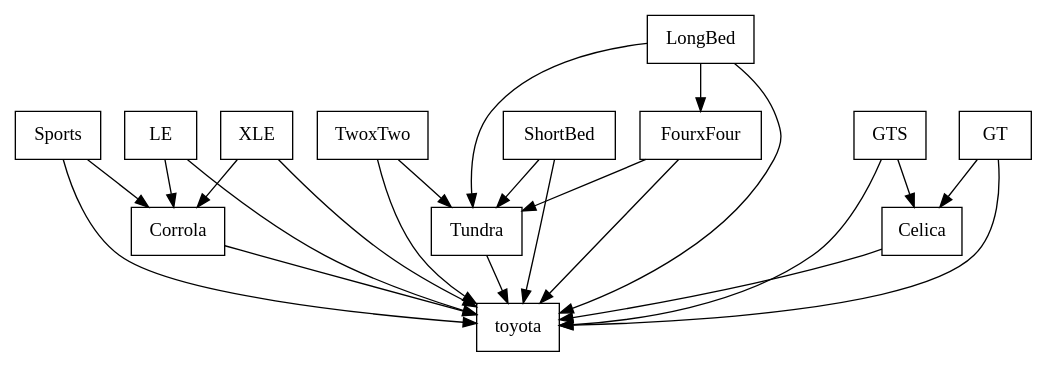
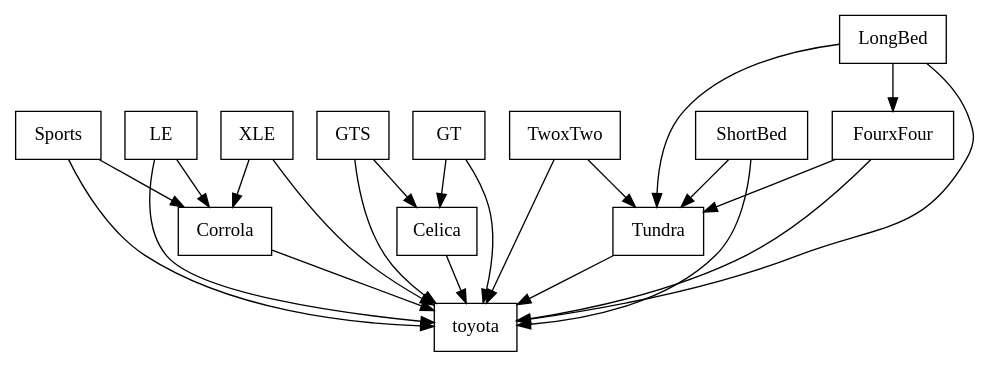
One commit to FAMILIAR-project/familiar-language changed the diagram in FAMILIAR/output/SPLOT-big/fm_180_model_20120722_2065280700.xml.dot. Above: the diagram before and after it, drawn with Graphviz. The commit also changed 110 other files, not shown here.

```diff
--- a/FAMILIAR/output/SPLOT-big/fm_180_model_20120722_2065280700.xml.dot
+++ b/FAMILIAR/output/SPLOT-big/fm_180_model_20120722_2065280700.xml.dot
@@ -1,40 +1,40 @@
 digraph{
 graph [rankdir=TB];
 node [shape=box];
 edge [arrowhead=normal];
 0[label="Corrola",]
 1[label="LongBed",]
-2[label="GTS",]
-3[label="Sports",]
+2[label="Sports",]
+3[label="GTS",]
 4[label="toyota",]
 5[label="TwoxTwo",]
-6[label="ShortBed",]
-7[label="GT",]
+6[label="GT",]
+7[label="ShortBed",]
 8[label="Tundra",]
 9[label="Celica",]
 10[label="LE",]
 11[label="FourxFour",]
 12[label="XLE",]
 0->4[label="",]
 1->4[label="",]
 1->8[label="",]
 1->11[label="",]
+2->0[label="",]
 2->4[label="",]
-2->9[label="",]
-3->0[label="",]
 3->4[label="",]
+3->9[label="",]
 5->4[label="",]
 5->8[label="",]
 6->4[label="",]
-6->8[label="",]
+6->9[label="",]
 7->4[label="",]
-7->9[label="",]
+7->8[label="",]
 8->4[label="",]
 9->4[label="",]
 10->0[label="",]
 10->4[label="",]
 11->4[label="",]
 11->8[label="",]
 12->0[label="",]
 12->4[label="",]
 }
```
